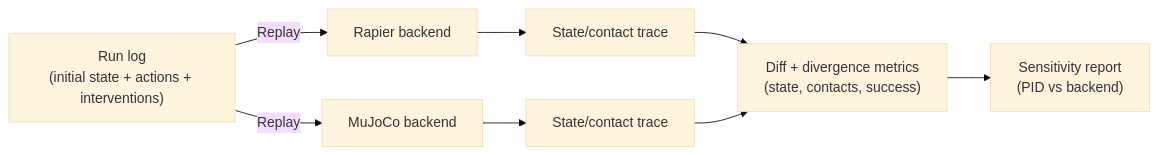
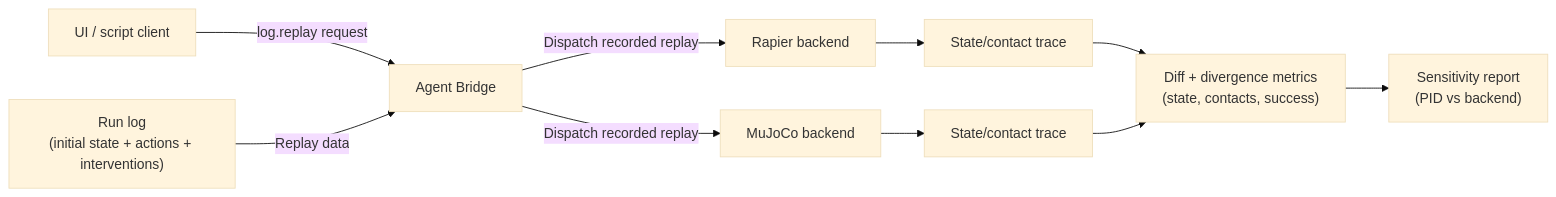
Diagram 16 of 18 in DIAGRAMS.md (sepahead/prisoma), drawn with Mermaid (base theme) before and after one commit. The commit also changed other lines of this file and 20 other files, not shown here.

````diff
--- a/DIAGRAMS.md
+++ b/DIAGRAMS.md
@@ -581,13 +607,15 @@
 ```mermaid
 graph LR
-    Log["Run log<br/>(initial state + actions + interventions)"] -->|Replay| R[Rapier backend]
-    Log -->|Replay| M[MuJoCo backend]
+    Client["UI / script client"] -->|log.replay request| Bridge[Agent Bridge]
+    Log["Run log<br/>(initial state + actions + interventions)"] -->|Replay data| Bridge
+    Bridge -->|Dispatch recorded replay| R[Rapier backend]
+    Bridge -->|Dispatch recorded replay| M[MuJoCo backend]
 
     R --> TR[State/contact trace]
     M --> TM[State/contact trace]
 
     TR --> D["Diff + divergence metrics<br/>(state, contacts, success)"]
     TM --> D
 
     D --> Report["Sensitivity report<br/>(PID vs backend)"]
 ```
````
